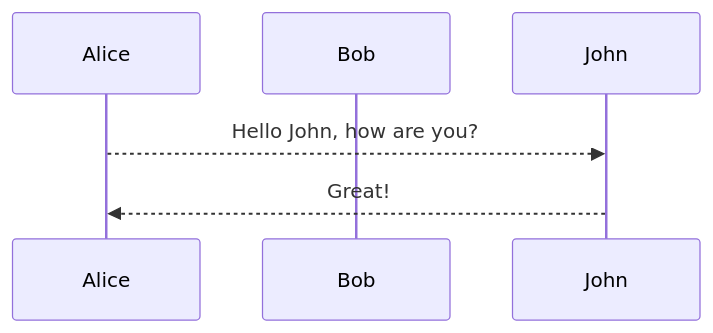
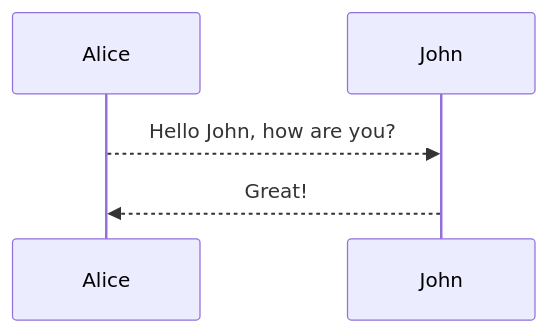
The third of 3 diagrams in _posts/2021-03-26-Hotspot-intrinsice.md (miaozhuojun/miaozhuojun.github.io), drawn with Mermaid before and after one commit.

```diff
--- a/_posts/2021-03-26-Hotspot-intrinsice.md
+++ b/_posts/2021-03-26-Hotspot-intrinsice.md
@@ -445,8 +445,5 @@
 <div class="mermaid">
 sequenceDiagram
-    participant Alice
-    participant Bob
-    participant John
     Alice-->>John: Hello John, how are you?
     John-->>Alice: Great!
 </div>
```
